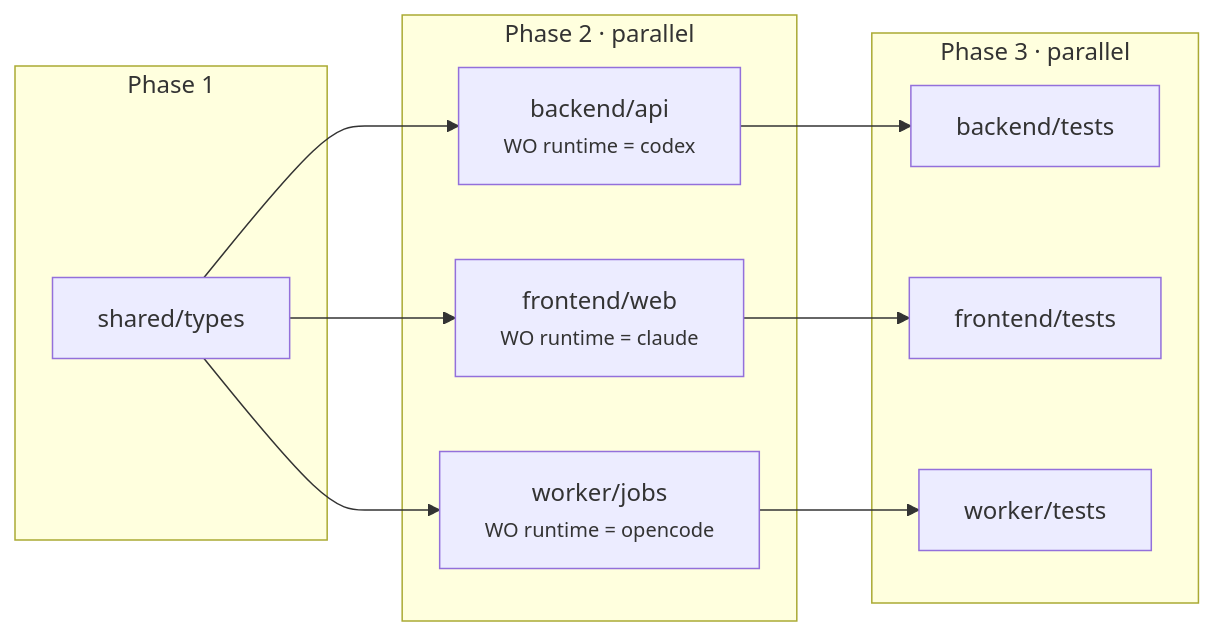
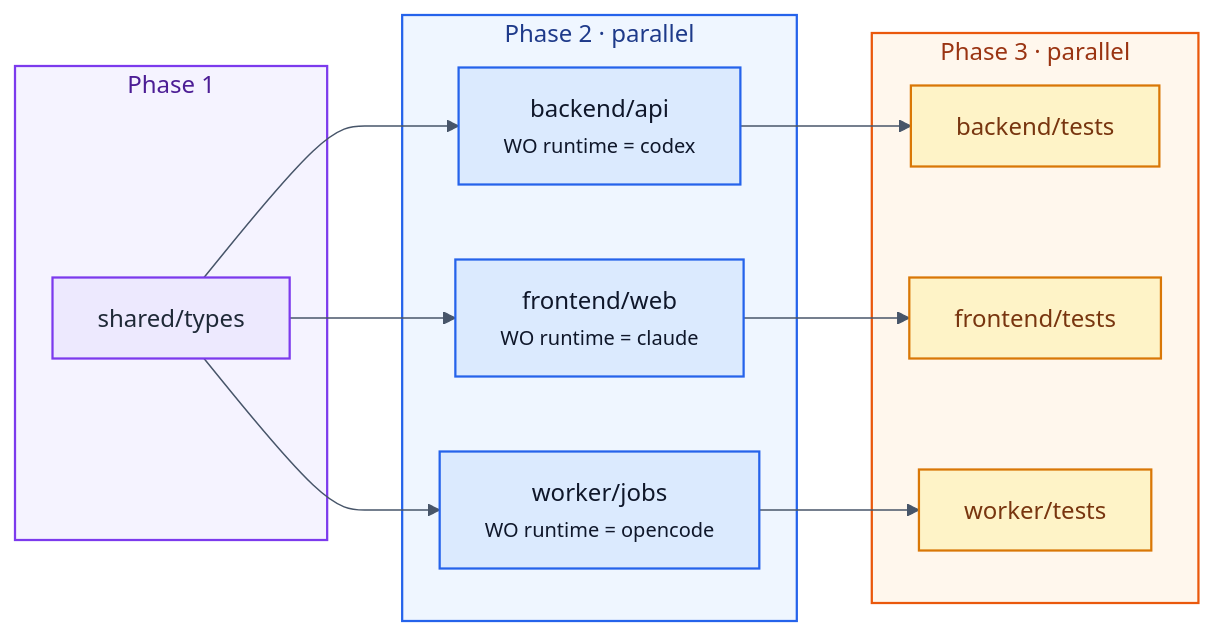
Before and after one commit to matteblack9/coding-agent-fabric: the seventh of 12 diagrams in README.md, drawn with Mermaid. The commit also changed other lines of this file, not shown here.

Commit message:
docs: colorize README mermaid diagrams

````diff
--- a/README.md
+++ b/README.md
@@ -270,25 +346,36 @@
 ```mermaid
+%%{init: {"theme":"base","themeVariables":{"primaryColor":"#E6F1FB","primaryTextColor":"#0F172A","primaryBorderColor":"#185FA5","secondaryColor":"#EDE9FE","secondaryTextColor":"#1F2937","secondaryBorderColor":"#7C3AED","tertiaryColor":"#ECFDF5","tertiaryTextColor":"#14532D","tertiaryBorderColor":"#16A34A","lineColor":"#475569","clusterBkg":"#F8FAFC","clusterBorder":"#94A3B8","noteBkgColor":"#FEF3C7","noteTextColor":"#78350F","noteBorderColor":"#D97706","activationBkgColor":"#DBEAFE","activationBorderColor":"#2563EB","sequenceNumberColor":"#0F172A"}}}%%
 flowchart LR
     subgraph P1["Phase 1"]
         A["shared/types"]
     end
 
     subgraph P2["Phase 2 · parallel"]
         B1["backend/api<br/><small>WO runtime = codex</small>"]
         B2["frontend/web<br/><small>WO runtime = claude</small>"]
         B3["worker/jobs<br/><small>WO runtime = opencode</small>"]
     end
 
     subgraph P3["Phase 3 · parallel"]
         C1["backend/tests"]
         C2["frontend/tests"]
         C3["worker/tests"]
     end
 
     A --> B1
     A --> B2
     A --> B3
     B1 --> C1
     B2 --> C2
     B3 --> C3
+
+    classDef phase1 fill:#EDE9FE,stroke:#7C3AED,color:#1F2937,stroke-width:1.5px
+    classDef phase2 fill:#DBEAFE,stroke:#2563EB,color:#0F172A,stroke-width:1.5px
+    classDef phase3 fill:#FEF3C7,stroke:#D97706,color:#78350F,stroke-width:1.5px
+    style P1 fill:#F5F3FF,stroke:#7C3AED,stroke-width:1.5px,color:#4C1D95
+    style P2 fill:#EFF6FF,stroke:#2563EB,stroke-width:1.5px,color:#1E3A8A
+    style P3 fill:#FFF7ED,stroke:#EA580C,stroke-width:1.5px,color:#9A3412
+    class A phase1
+    class B1,B2,B3 phase2
+    class C1,C2,C3 phase3
 ```
````
